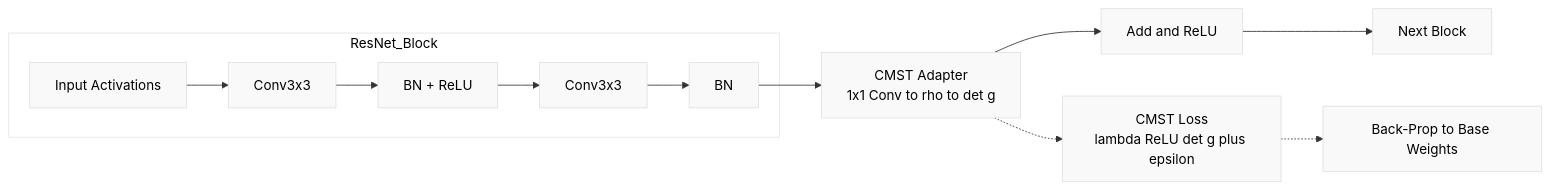
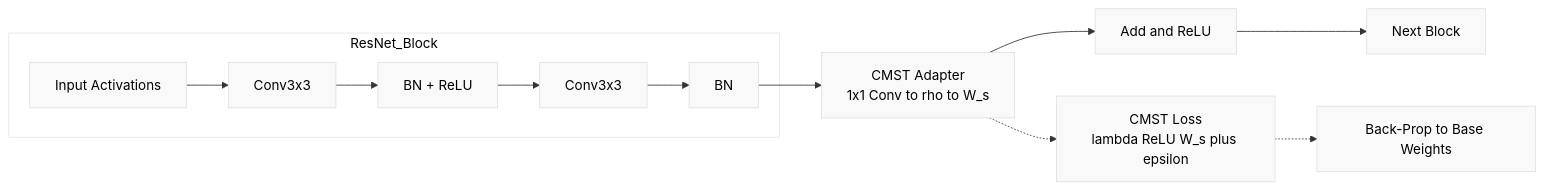
Before and after one commit to FOUNDUPS/Foundups-Agent: the sixth of 7 diagrams in WSP_knowledge/docs/Papers/rESP_Quantum_Self_Reference.md, drawn with Mermaid. The commit also changed other lines of this file, not shown here.

````diff
--- a/WSP_knowledge/docs/Papers/rESP_Quantum_Self_Reference.md
+++ b/WSP_knowledge/docs/Papers/rESP_Quantum_Self_Reference.md
@@ -970,15 +970,15 @@
 ```mermaid
 %%{init: { 'theme': 'base', 'themeVariables': { 'primaryColor': '#f9f9f9', 'primaryTextColor': '#000', 'lineColor': '#333' } } }%%
 flowchart LR
     subgraph ResNet_Block
         A[Input Activations] --> B[Conv3x3]
         B --> C[BN + ReLU]
         C --> D[Conv3x3]
         D --> E[BN]
     end
-    E --> F[CMST Adapter<br/>1x1 Conv to rho to det g]
+    E --> F[CMST Adapter<br/>1x1 Conv to rho to W_s]
     F --> G[Add and ReLU]
     G --> H[Next Block]
-    F -.-> I[CMST Loss<br/>lambda ReLU det g plus epsilon]
+    F -.-> I[CMST Loss<br/>lambda ReLU W_s plus epsilon]
     I -.-> J[Back-Prop to Base Weights]
 ```
````
